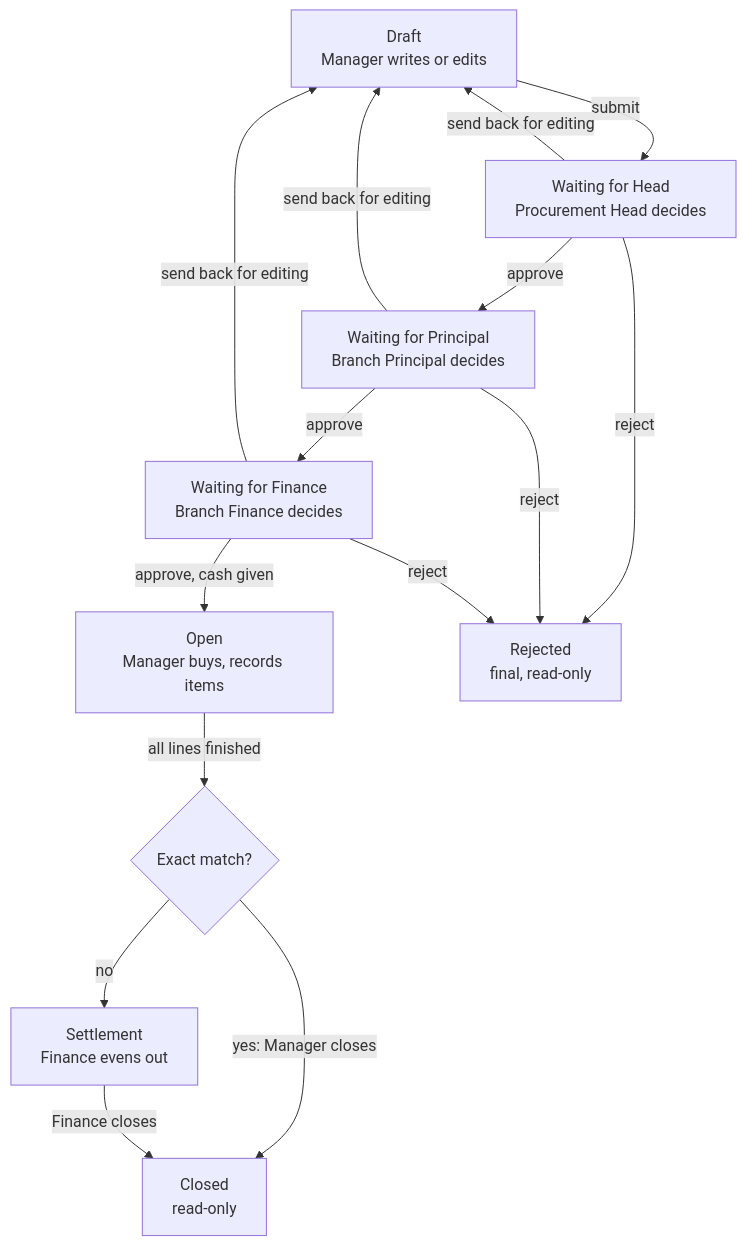
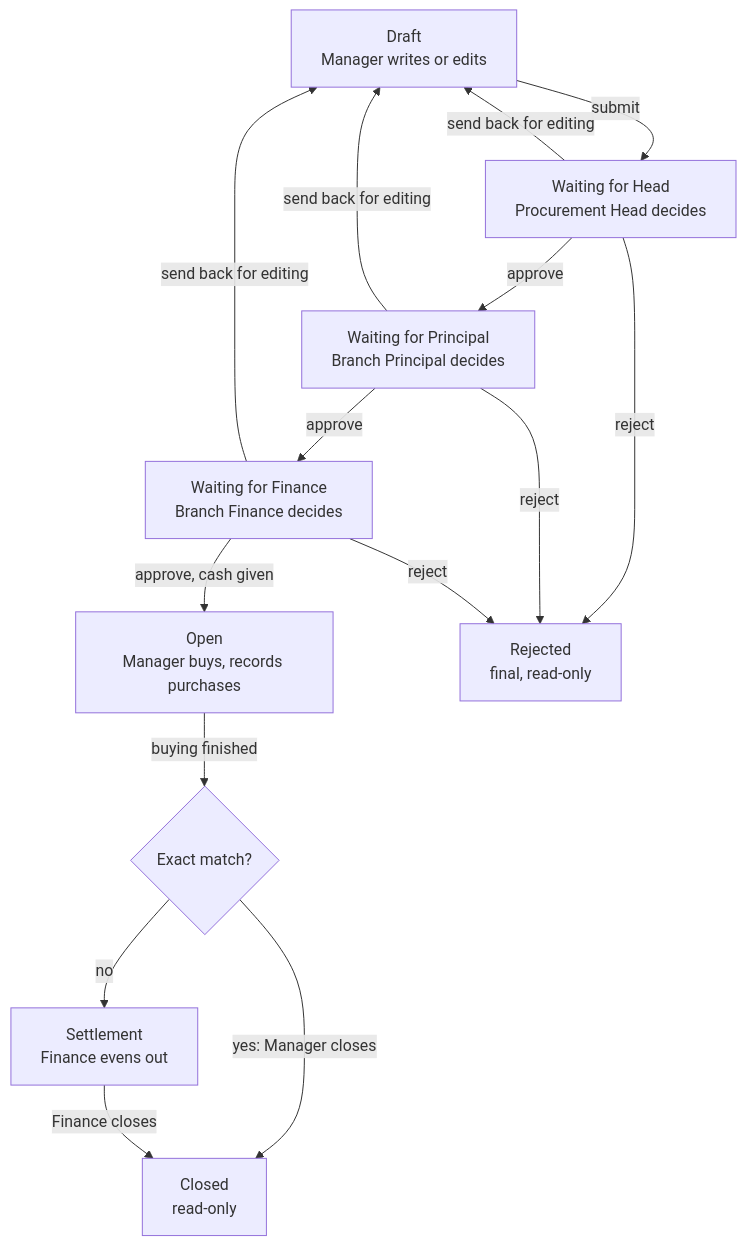
The diagram in docs/spec/06-approval-workflow.md (sodiqschoolapp/procurement), drawn with Mermaid before and after one commit. The commit also changed other lines of this file and 26 other files, not shown here.

````diff
--- a/docs/spec/06-approval-workflow.md
+++ b/docs/spec/06-approval-workflow.md
@@ -8,17 +8,17 @@
 ```mermaid
 flowchart TD
   DRAFT["Draft<br/>Manager writes or edits"] -->|submit| PH["Waiting for Head<br/>Procurement Head decides"]
   PH -->|approve| PP["Waiting for Principal<br/>Branch Principal decides"]
   PP -->|approve| PF["Waiting for Finance<br/>Branch Finance decides"]
-  PF -->|approve, cash given| OPEN["Open<br/>Manager buys, records items"]
-  OPEN -->|all lines finished| Q{"Exact match?"}
+  PF -->|approve, cash given| OPEN["Open<br/>Manager buys, records purchases"]
+  OPEN -->|buying finished| Q{"Exact match?"}
   Q -->|yes: Manager closes| CLOSED["Closed<br/>read-only"]
   Q -->|no| SET["Settlement<br/>Finance evens out"]
   SET -->|Finance closes| CLOSED
   PH -->|send back for editing| DRAFT
   PP -->|send back for editing| DRAFT
   PF -->|send back for editing| DRAFT
   PH -->|reject| REJ["Rejected<br/>final, read-only"]
   PP -->|reject| REJ
   PF -->|reject| REJ
 ```
````
